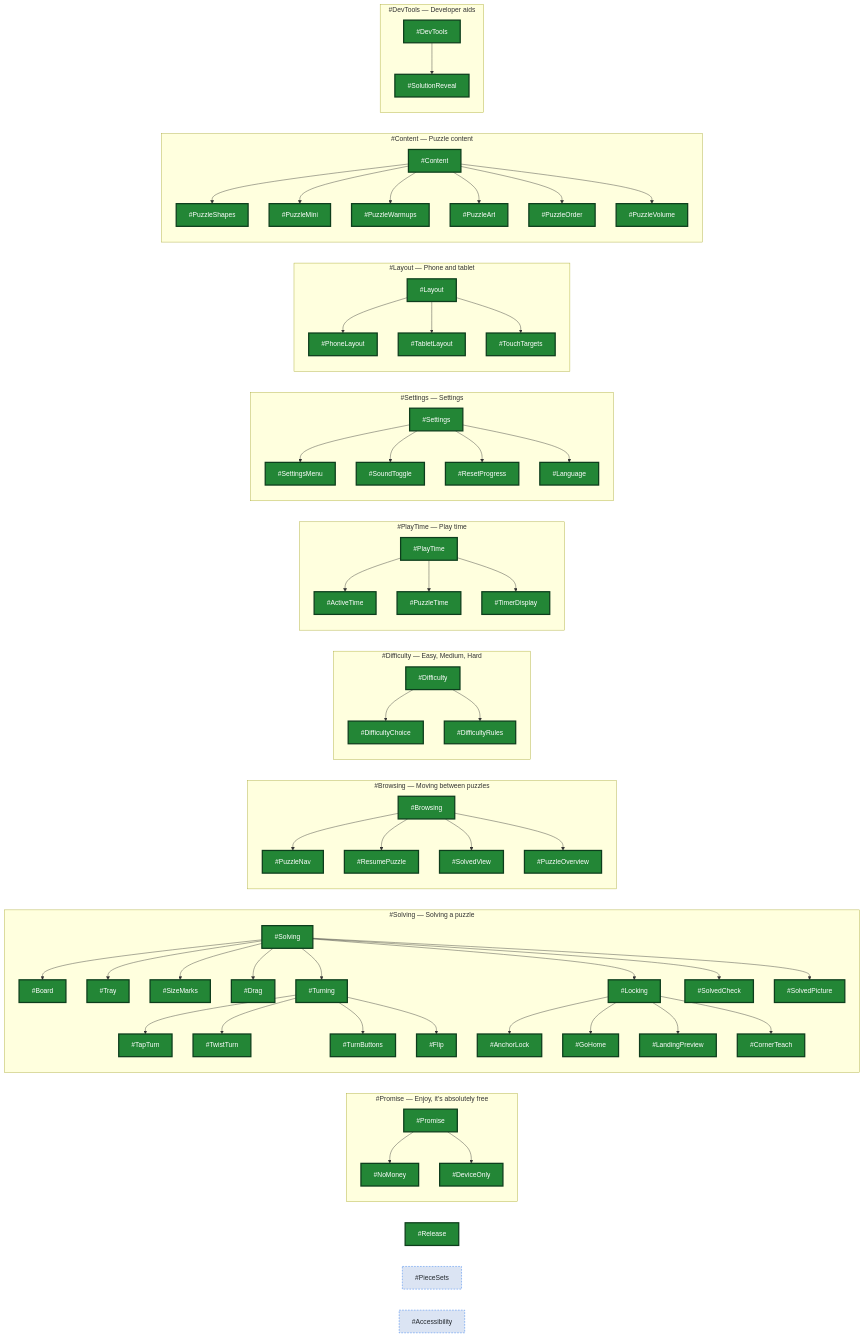
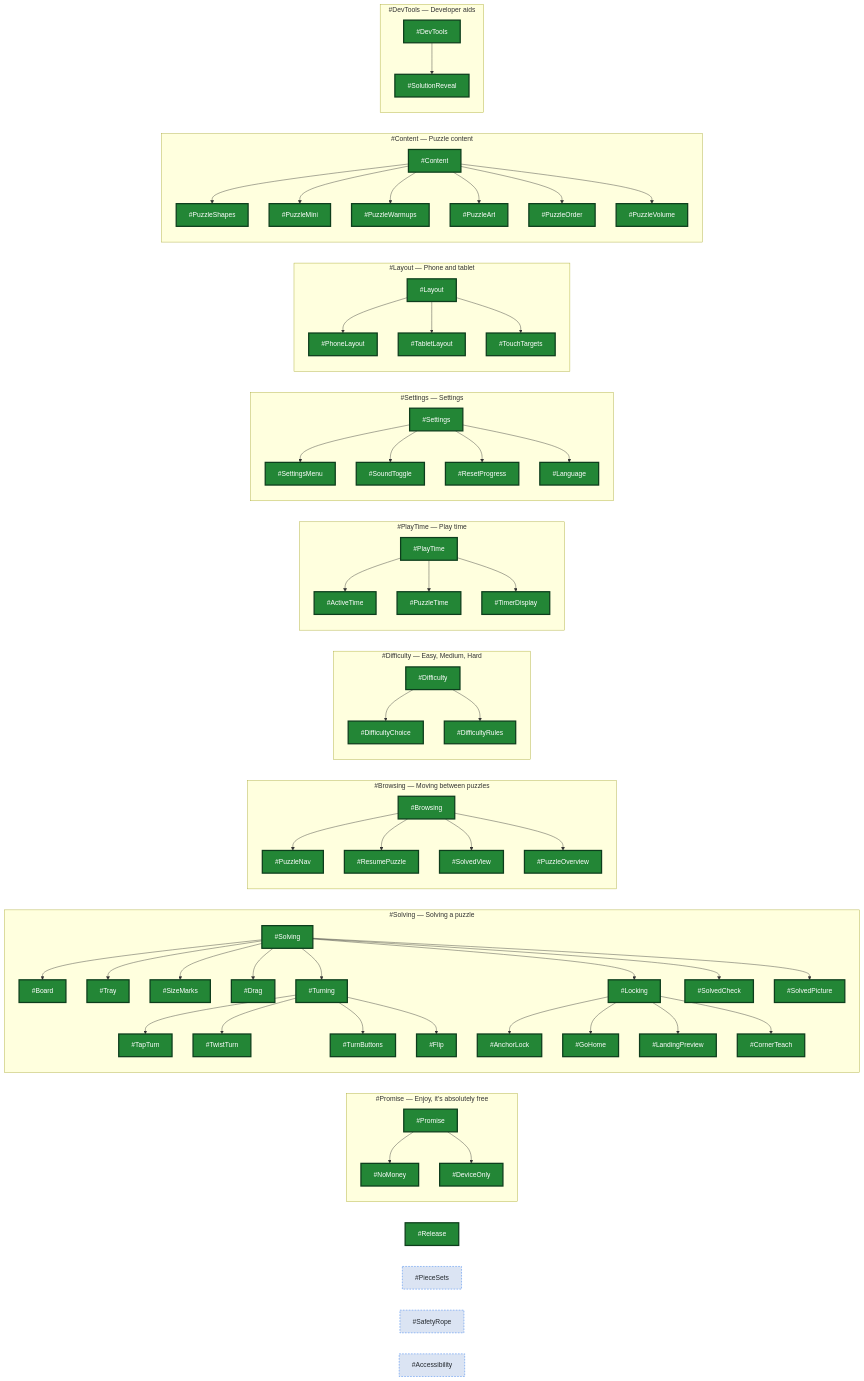
One commit to jamisuni/TangramPlaytime changed the diagram in Requirements/views/feature-map.md. Above: the diagram before and after it, drawn with Mermaid. The commit also changed 23 other files, not shown here.

```diff
--- a/Requirements/views/feature-map.md
+++ b/Requirements/views/feature-map.md
@@ -76,6 +76,7 @@
     SolutionReveal["#SolutionReveal"]:::featLock
   end
   PieceSets["#PieceSets"]:::featIdea
+  SafetyRope["#SafetyRope"]:::featIdea
   Accessibility["#Accessibility"]:::featIdea
   Promise --> NoMoney
   Promise --> DeviceOnly
```
